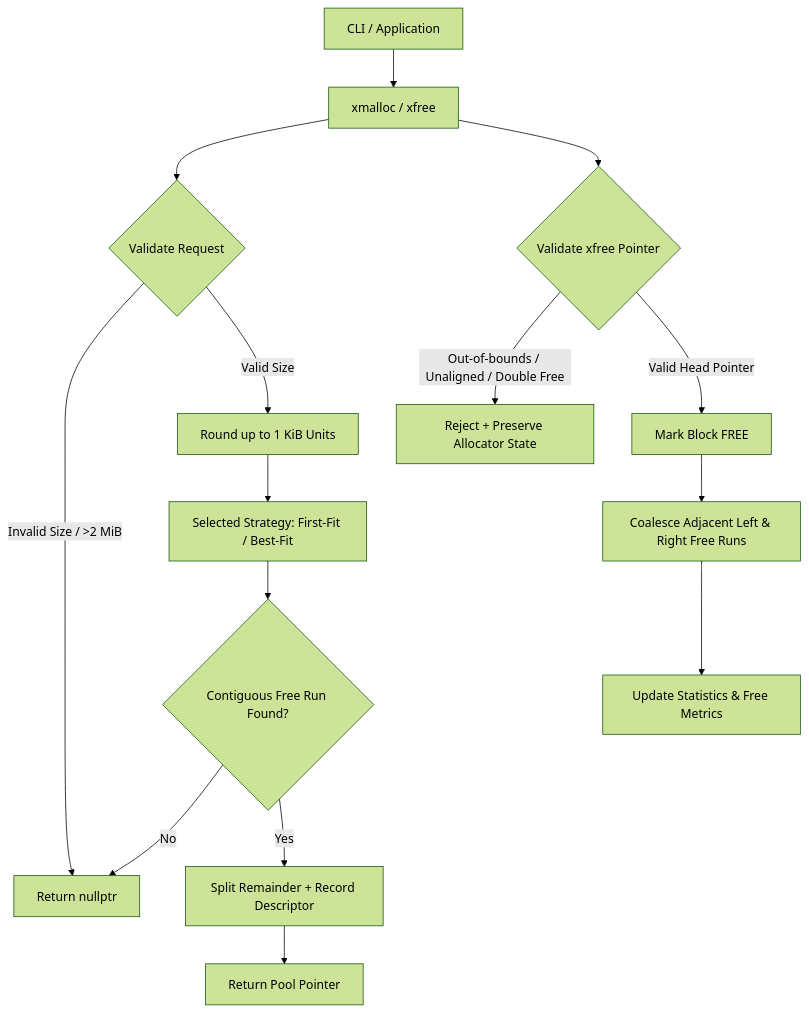
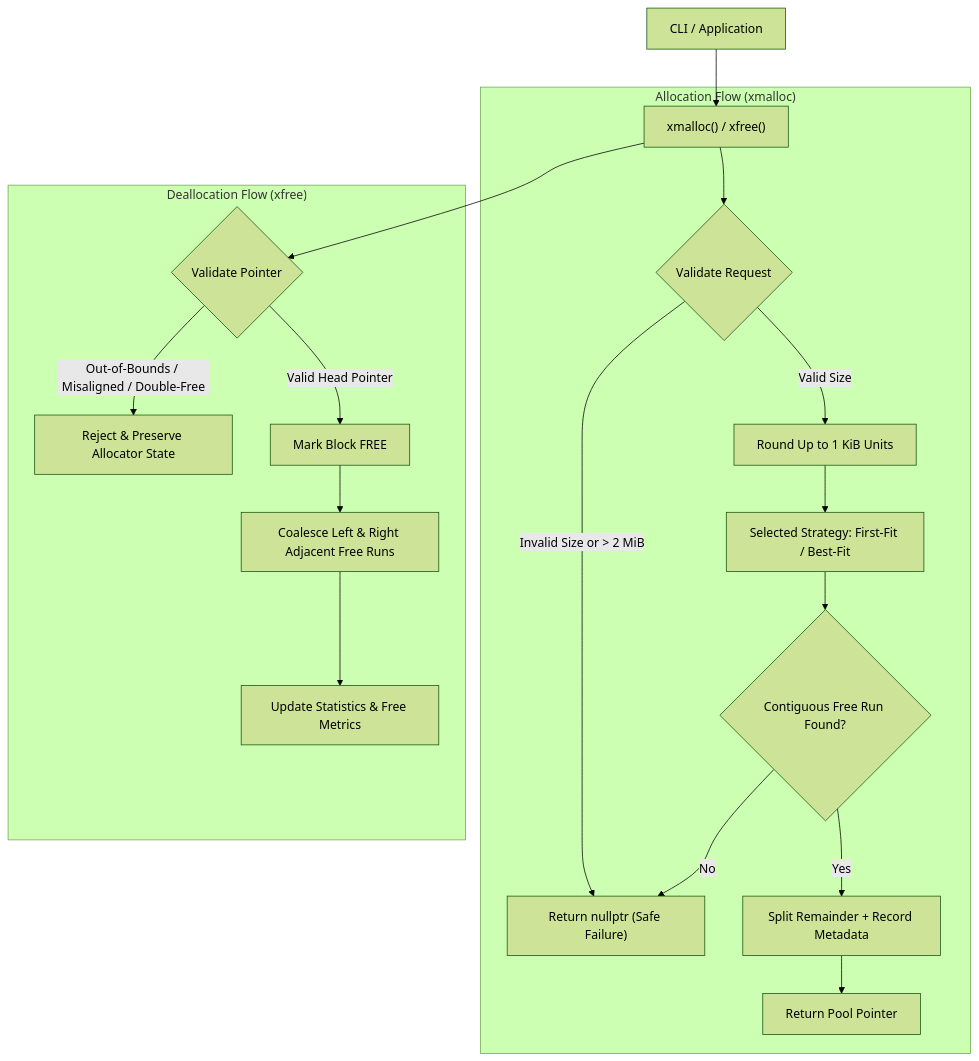
One commit to adityashinde0/Deterministic-Custom-Memory-Allocator changed the diagram in README.md. Above: the diagram before and after it, drawn with Mermaid (forest theme). The commit also changed other lines of this file, not shown here.

Commit message:
docs: fix mermaid diagram syntax for GitHub rich display rendering

````diff
--- a/README.md
+++ b/README.md
@@ -39,18 +39,23 @@
 ```mermaid
-flowchart TD
-    A[CLI / Application] --> B[xmalloc / xfree]
-    B --> C{Validate Request}
-    C -->|Invalid Size / >2 MiB| E[Return nullptr]
-    C -->|Valid Size| D[Round up to 1 KiB Units]
-    D --> F[Selected Strategy: First-Fit / Best-Fit]
-    F --> G{Contiguous Free Run Found?}
-    G -->|No| E
-    G -->|Yes| H[Split Remainder + Record Descriptor]
-    H --> I[Return Pool Pointer]
+graph TD
+    A["CLI / Application"] --> B["xmalloc() / xfree()"]
+    
+    subgraph Alloc_Path ["Allocation Flow (xmalloc)"]
+        B --> C{"Validate Request"}
+        C -->|"Invalid Size or > 2 MiB"| E["Return nullptr (Safe Failure)"]
+        C -->|"Valid Size"| D["Round Up to 1 KiB Units"]
+        D --> F["Selected Strategy: First-Fit / Best-Fit"]
+        F --> G{"Contiguous Free Run Found?"}
+        G -->|"No"| E
+        G -->|"Yes"| H["Split Remainder + Record Metadata"]
+        H --> I["Return Pool Pointer"]
+    end
 
-    B --> J{Validate xfree Pointer}
-    J -->|Out-of-bounds / Unaligned / Double Free| K[Reject + Preserve Allocator State]
-    J -->|Valid Head Pointer| L[Mark Block FREE]
-    L --> M[Coalesce Adjacent Left & Right Free Runs]
-    M --> N[Update Statistics & Free Metrics]
+    subgraph Free_Path ["Deallocation Flow (xfree)"]
+        B --> J{"Validate Pointer"}
+        J -->|"Out-of-Bounds / Misaligned / Double-Free"| K["Reject & Preserve Allocator State"]
+        J -->|"Valid Head Pointer"| L["Mark Block FREE"]
+        L --> M["Coalesce Left & Right Adjacent Free Runs"]
+        M --> N["Update Statistics & Free Metrics"]
+    end
 ```
````
